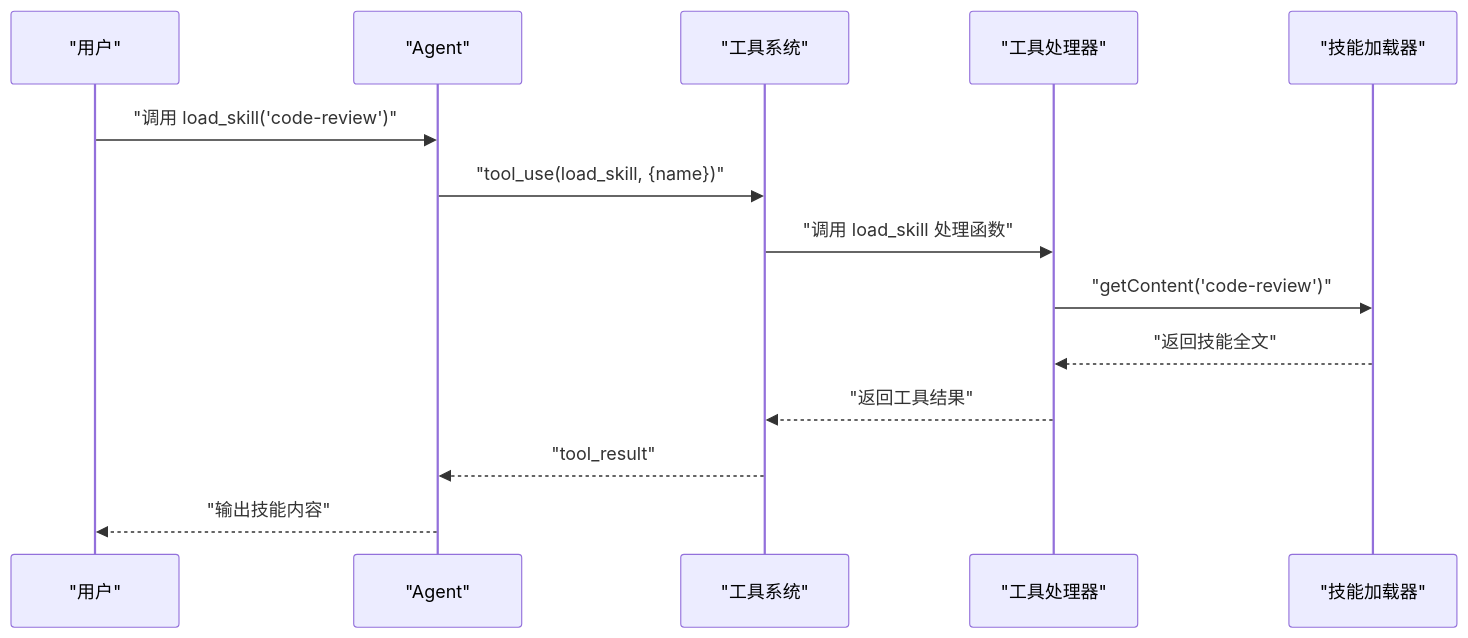
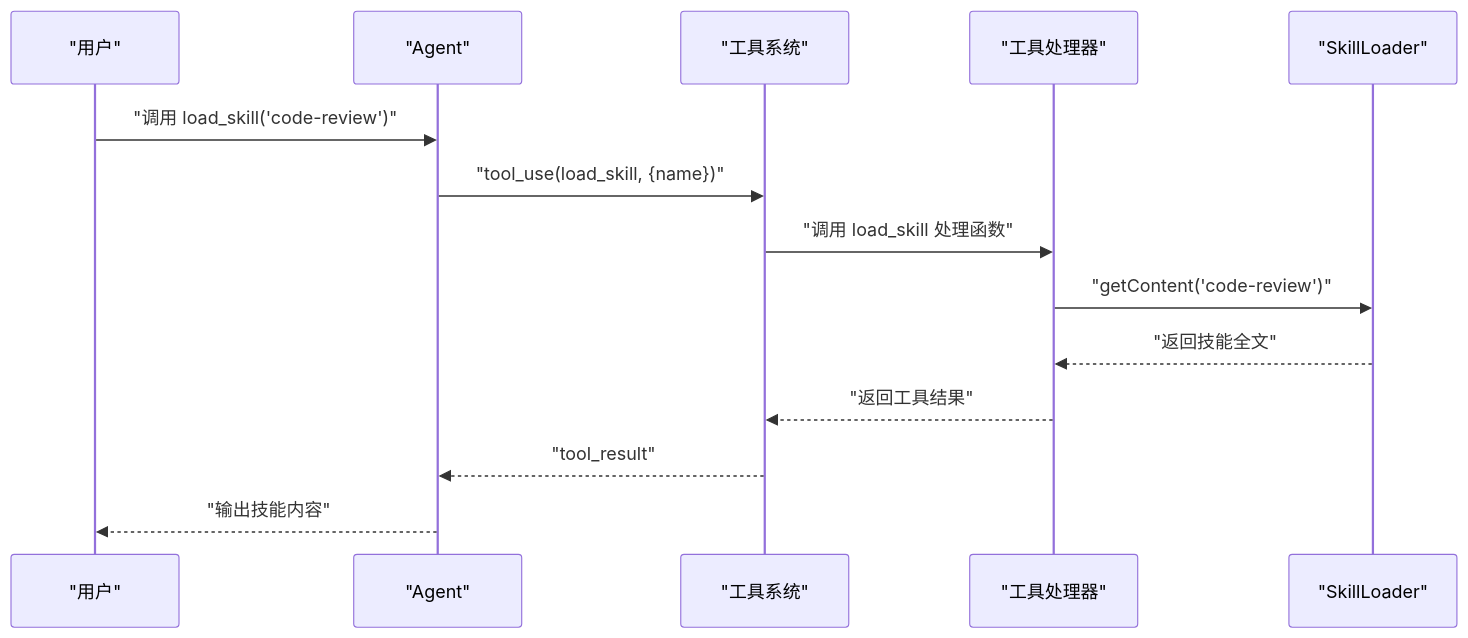
The sixth of 7 diagrams in .qoder/repowiki/zh/content/核心功能详解/技能加载系统.md (eurekaYYzero/Mini-Claude-Code), drawn with Mermaid before and after one commit. The commit also changed other lines of this file and 27 other files, not shown here.

````diff
--- a/.qoder/repowiki/zh/content/核心功能详解/技能加载系统.md
+++ b/.qoder/repowiki/zh/content/核心功能详解/技能加载系统.md
@@ -262,16 +306,16 @@
 ```mermaid
 sequenceDiagram
 participant U as "用户"
 participant A as "Agent"
 participant T as "工具系统"
 participant H as "工具处理器"
-participant SL as "技能加载器"
+participant SL as "SkillLoader"
 U->>A : "调用 load_skill('code-review')"
 A->>T : "tool_use(load_skill, {name})"
 T->>H : "调用 load_skill 处理函数"
 H->>SL : "getContent('code-review')"
 SL-->>H : "返回技能全文"
 H-->>T : "返回工具结果"
 T-->>A : "tool_result"
 A-->>U : "输出技能内容"
 ```
````
